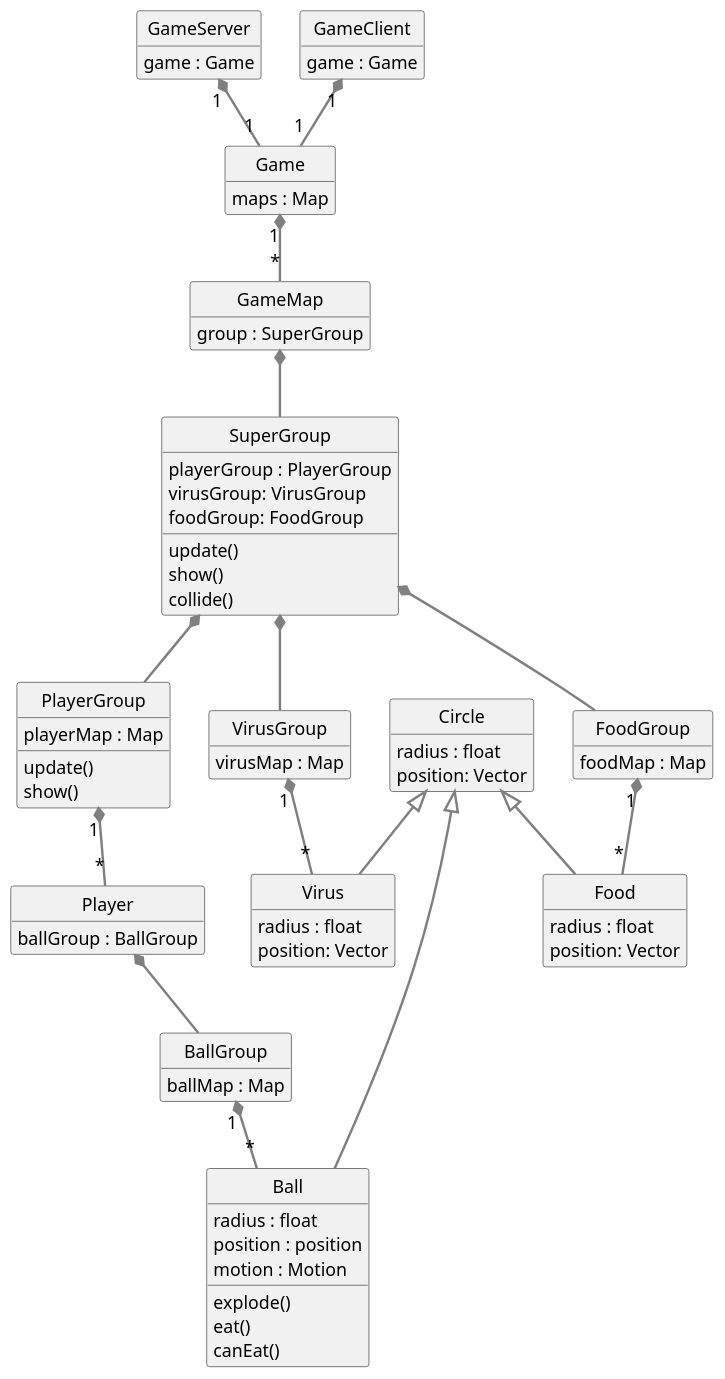
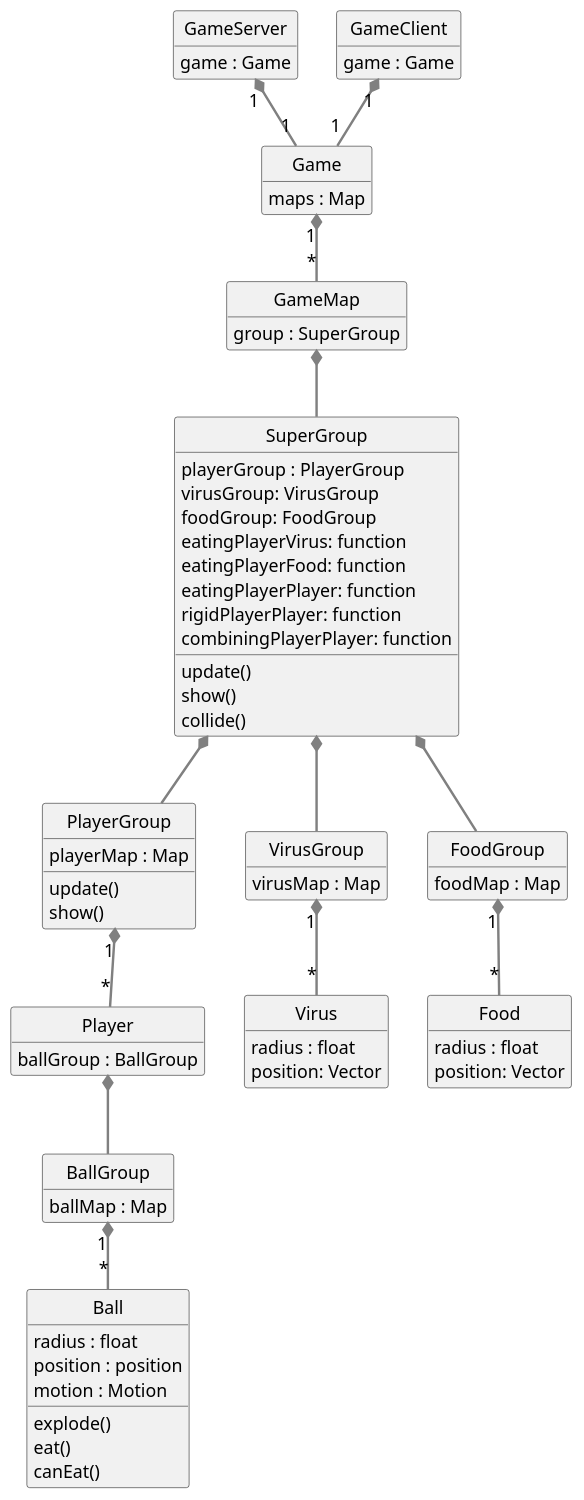
Before and after one commit to MarcPartensky/Web: the diagram in Javascript/Canvas/Ball/model/game/agario.plantuml, drawn with PlantUML. The commit also changed 19 other files, not shown here.

```diff
--- a/Javascript/Canvas/Ball/model/game/agario.plantuml
+++ b/Javascript/Canvas/Ball/model/game/agario.plantuml
@@ -1,120 +1,128 @@
 @startuml agario
 skinparam style strictuml
 skinparam DefaultFontName Arial
 skinparam DefaultFontSize 16
 skinparam DefaultFontStyle bold
 skinparam ArrowThickness 2.2
 skinparam ArrowColor #gray
 hide empty members
 
 class "GameServer" as GameServer {
   game : Game
 }
 
 class "GameClient" as GameClient {
   game : Game
 }
 
 class "Game" as Game {
   maps : Map
 }
 
 class "GameMap" as GameMap {
   group : SuperGroup
 }
 class "SuperGroup" as SuperGroup{
   playerGroup : PlayerGroup
   virusGroup: VirusGroup
   foodGroup: FoodGroup
+  eatingPlayerVirus: function
+  eatingPlayerFood: function
+  eatingPlayerPlayer: function
+  rigidPlayerPlayer: function
+  combiningPlayerPlayer: function
   update()
   show()
   collide()
 }
   ' ballVirusCollider : BallVirusCollider
   ' ballFoodCollider : BallFoodCollider
 
 class "PlayerGroup" as PlayerGroup {
   playerMap : Map
+  ' rigidColliderPlayerPlayer : RigidColliderPlayerPlayer
+  ' combiningColliderPlayerPlayer: CombiningColliderPlayerPlayer
   update()
   show()
 }
   ' eatingCollider : EatingCollider
   
 ' namespace EatingCollider {
 '   handle()
 ' }
 
 class "Player" as Player {
   ballGroup : BallGroup
 }
 
 class "BallGroup" as BallGroup {
   ballMap : Map
+  ' eatingColliderBallBall : EatingColliderBallBall
 }
 
   ' combiningCollider : CombiningCollider
 
 ' class CombiningCollider  combiningCollider : CombiningCollider
 
 
 class "Ball" as Ball {
   radius : float
   position : position
   motion : Motion
   explode()
   eat()
   canEat()
 }
 
 class "VirusGroup" as VirusGroup {
   virusMap : Map
 }
 
 class "Virus" as Virus {
   radius : float
   position: Vector
 }
 
 class "FoodGroup" as FoodGroup {
   foodMap : Map
 }
 
 class "Food" as Food {
   radius : float
   position: Vector
 }
 
-class "Circle" as Circle {
-  radius : float
-  position: Vector
-}
+' class "Circle" as Circle {
+'   radius : float
+'   position: Vector
+' }
 
 GameServer "1" *-- "1" Game
 GameClient "1" *-- "1" Game
 
 Game "1" *-- "*" GameMap
 
 GameMap *--  SuperGroup
 
 SuperGroup *--  PlayerGroup
 SuperGroup *--  VirusGroup
 SuperGroup *--  FoodGroup
 ' SuperGroup *-- BallVirusCollider
 ' SuperGroup *-- BallFoodCollider
 
 PlayerGroup "1" *-- "*" Player
 ' PlayerGroup *-- EatingCollider
 
 Player *-- BallGroup
 
 BallGroup "1" *-- "*" Ball
 ' BallGroup *-- CombiningCollider
 
 VirusGroup "1" *-- "*" Virus
 FoodGroup "1" *-- "*" Food
 
-Circle <|-- Ball
-Circle <|-- Virus
-Circle <|-- Food
+' Circle <|-- Ball
+' Circle <|-- Virus
+' Circle <|-- Food
 
 @enduml
```
